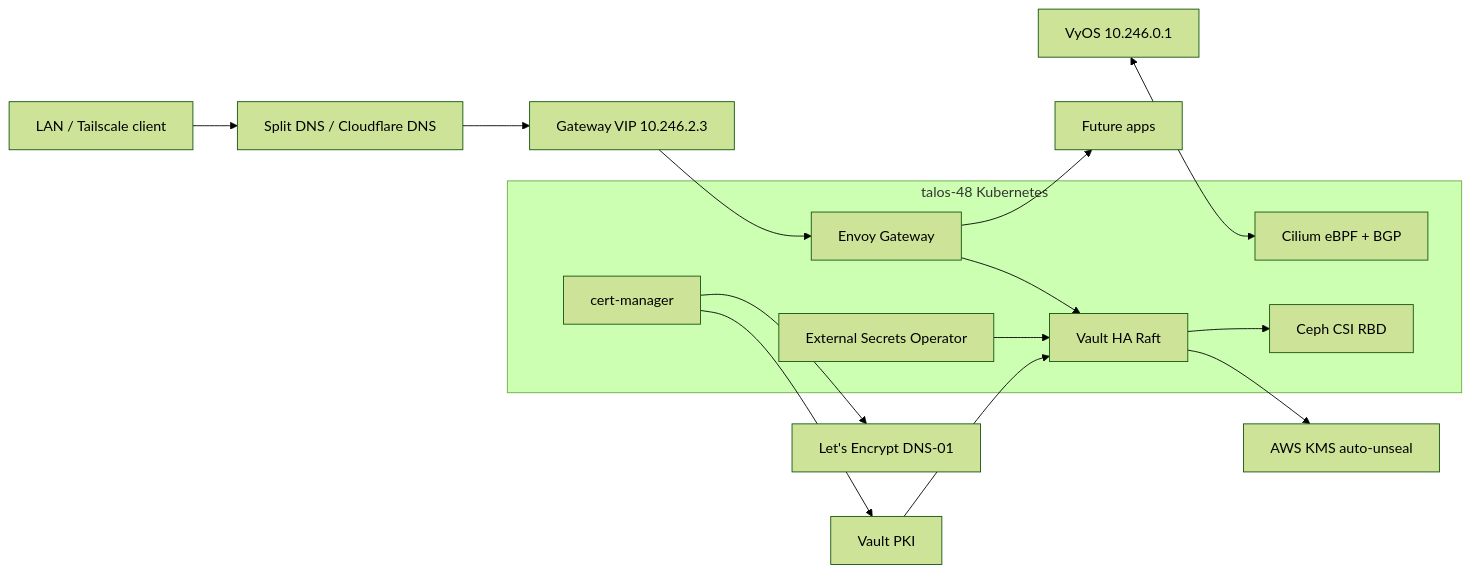
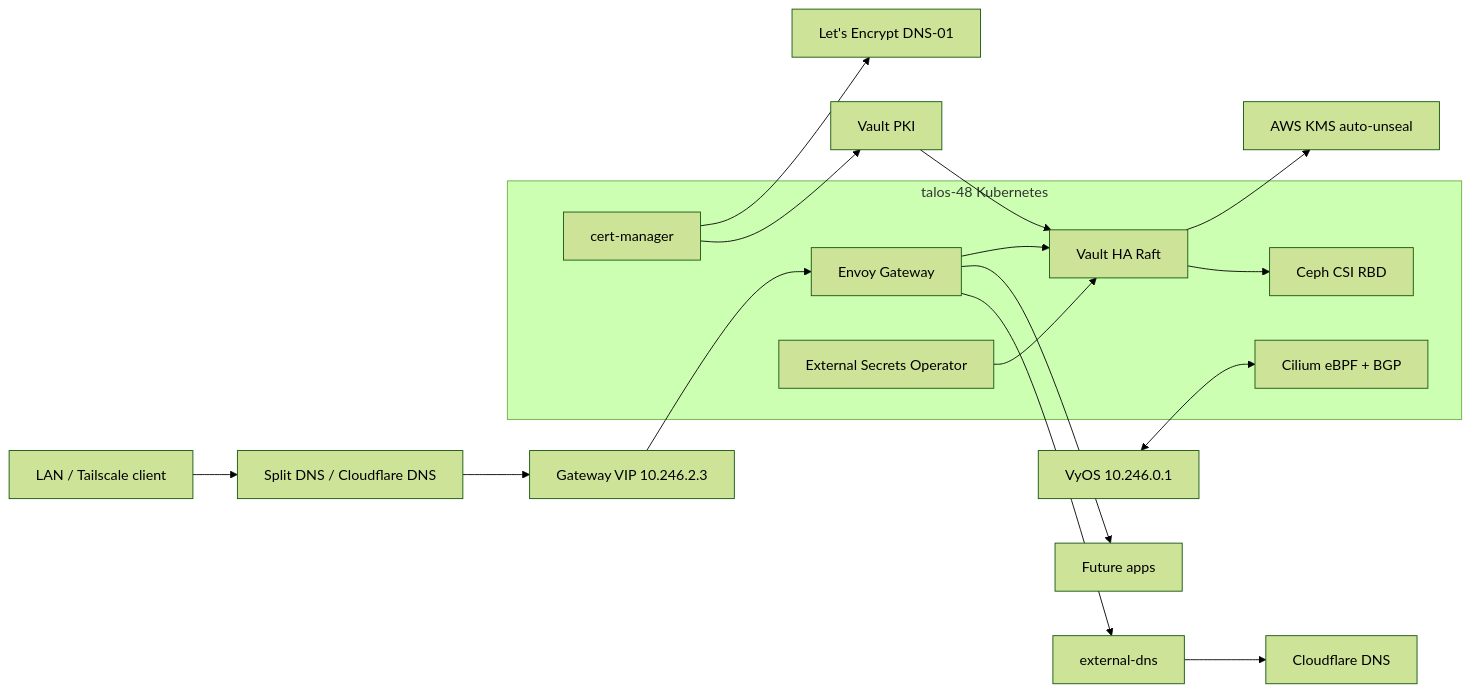
Before and after one commit to nbari/k8s: the diagram in README.md, drawn with Mermaid (forest theme). The commit also changed other lines of this file, not shown here.

Commit message:
Document external-dns status

````diff
--- a/README.md
+++ b/README.md
@@ -98,25 +103,27 @@
 ```mermaid
 flowchart LR
   user[LAN / Tailscale client] --> dns[Split DNS / Cloudflare DNS]
   dns --> vip[Gateway VIP 10.246.2.3]
   vip --> envoy[Envoy Gateway]
   envoy --> vault[Vault HA Raft]
   envoy --> apps[Future apps]
 
   subgraph talos48[talos-48 Kubernetes]
     cilium[Cilium eBPF + BGP]
     envoy
     cert[cert-manager]
     eso[External Secrets Operator]
     vault
     ceph[Ceph CSI RBD]
   end
 
   vyos[VyOS 10.246.0.1] <--> cilium
   cert --> letsencrypt[Let's Encrypt DNS-01]
   cert --> vaultpki[Vault PKI]
+  envoy --> edns[external-dns]
+  edns --> cloudflare[Cloudflare DNS]
   eso --> vault
   vaultpki --> vault
   vault --> kms[AWS KMS auto-unseal]
   vault --> ceph
 ```
````
